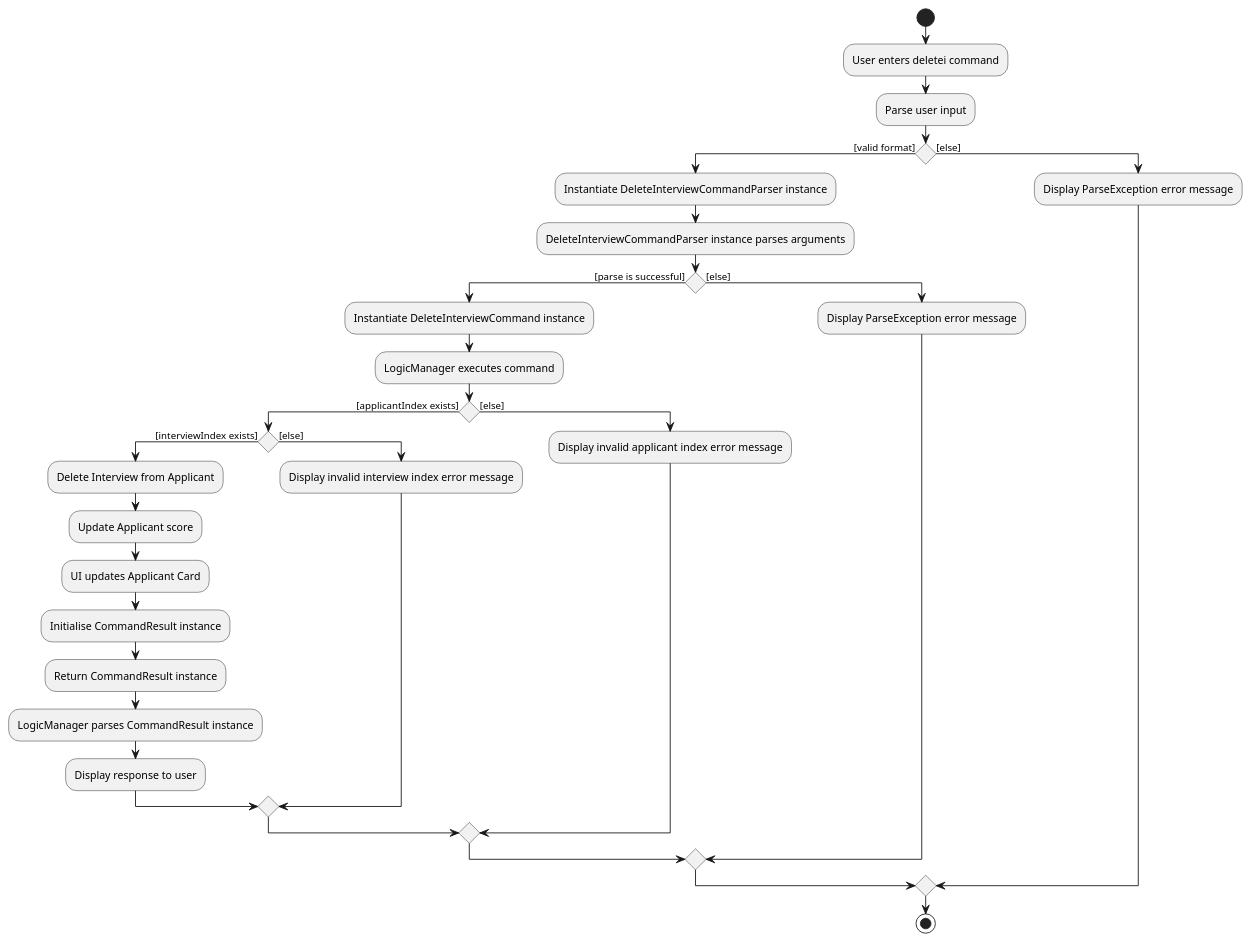
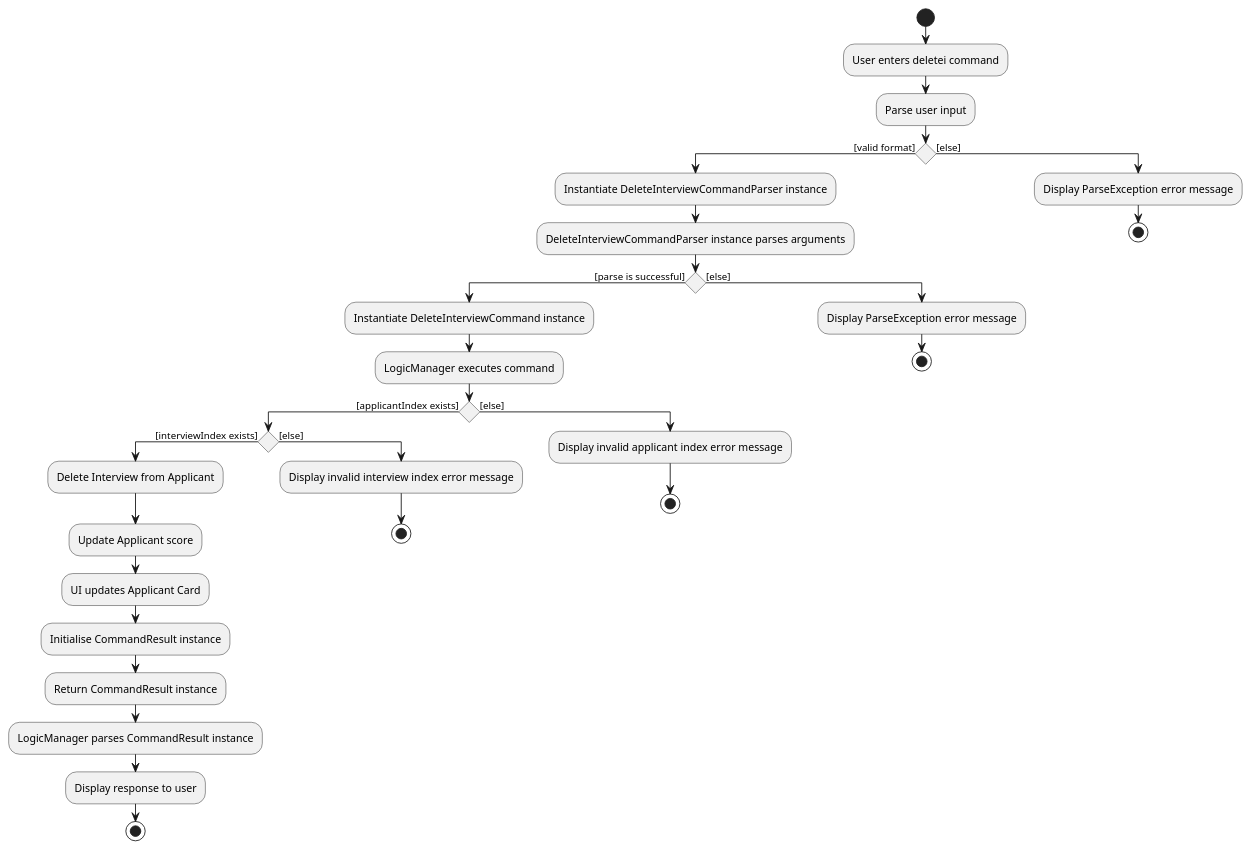
One commit to craigtonlian/tp changed the diagram in diagrams/DeleteInterviewActivityDiagram.puml. Above: the diagram before and after it, drawn with PlantUML. The commit also changed 37 other files, not shown here.

```diff
--- a/diagrams/DeleteInterviewActivityDiagram.puml
+++ b/diagrams/DeleteInterviewActivityDiagram.puml
@@ -1,38 +1,43 @@
 @startuml
 'https://plantuml.com/activity-diagram-beta
 
 start
 :User enters deletei command;
 
 :Parse user input;
 
 if () then ([valid format])
     :Instantiate DeleteInterviewCommandParser instance;
     :DeleteInterviewCommandParser instance parses arguments;
     if () then ([parse is successful])
         :Instantiate DeleteInterviewCommand instance;
         :LogicManager executes command;
         if () then ([applicantIndex exists])
             if () then ([interviewIndex exists])
             :Delete Interview from Applicant;
             :Update Applicant score;
             :UI updates Applicant Card;
             :Initialise CommandResult instance;
             :Return CommandResult instance;
             :LogicManager parses CommandResult instance;
             :Display response to user;
+            stop
             else ([else])
                 :Display invalid interview index error message;
+                stop
             endif
         else ([else])
             :Display invalid applicant index error message;
+            stop
         endif
     else ([else])
         :Display ParseException error message;
+        stop
     endif
 else ([else])
 :Display ParseException error message;
+stop
 endif
-stop
+
 
 @enduml
```
